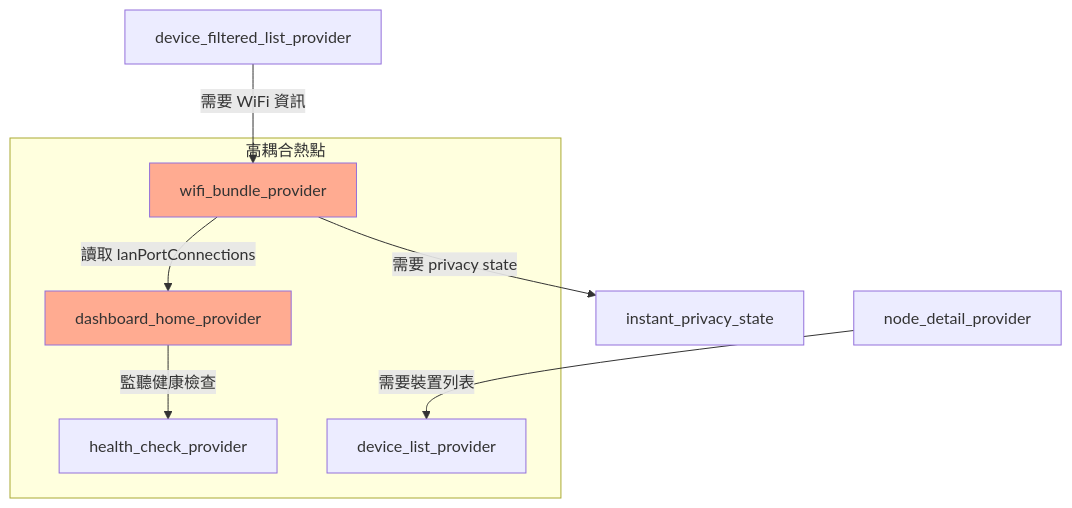
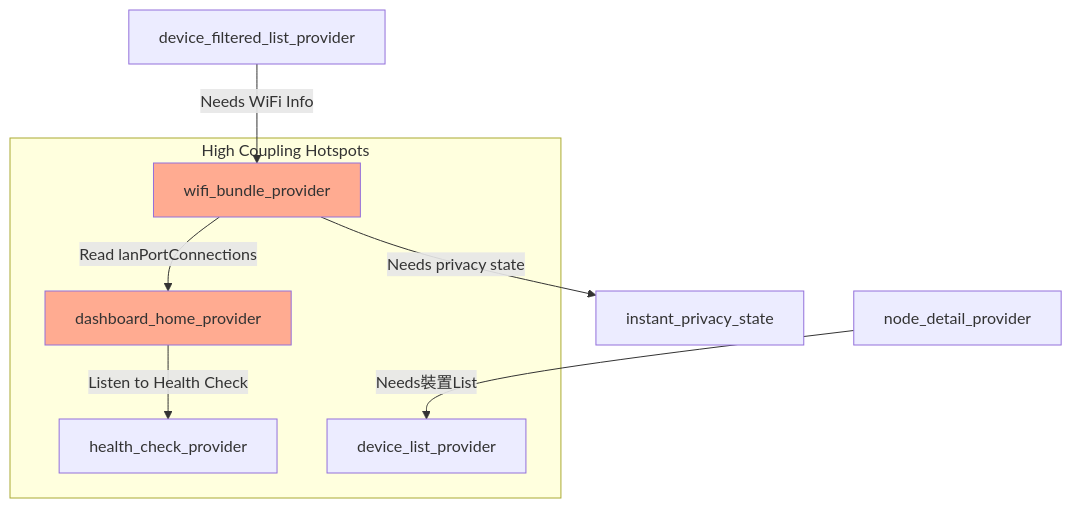
One commit to linksys/PrivacyGUI changed the sixth of 12 diagrams in doc/architecture_analysis_2026-01-16.md. Above: the diagram before and after it, drawn with Mermaid. The commit also changed other lines of this file and 58 other files, not shown here.

````diff
--- a/doc/architecture_analysis_2026-01-16.md
+++ b/doc/architecture_analysis_2026-01-16.md
@@ -312,18 +312,18 @@
 ```mermaid
 graph TD
-    subgraph HotSpots["高耦合熱點"]
+    subgraph HotSpots["High Coupling Hotspots"]
         WBP["wifi_bundle_provider"]
         DHP["dashboard_home_provider"]
         HCP["health_check_provider"]
         DLP["device_list_provider"]
     end
     
-    WBP --> |讀取 lanPortConnections| DHP
-    DHP --> |監聽健康檢查| HCP
-    WBP --> |需要 privacy state| IPP["instant_privacy_state"]
-    DFLP["device_filtered_list_provider"] --> |需要 WiFi 資訊| WBP
-    NDP["node_detail_provider"] --> |需要裝置列表| DLP
+    WBP --> |Read lanPortConnections| DHP
+    DHP --> |Listen to Health Check| HCP
+    WBP --> |Needs privacy state| IPP["instant_privacy_state"]
+    DFLP["device_filtered_list_provider"] --> |Needs WiFi Info| WBP
+    NDP["node_detail_provider"] --> |Needs裝置List| DLP
     
     style WBP fill:#ffab91
     style DHP fill:#ffab91
 ```
````
